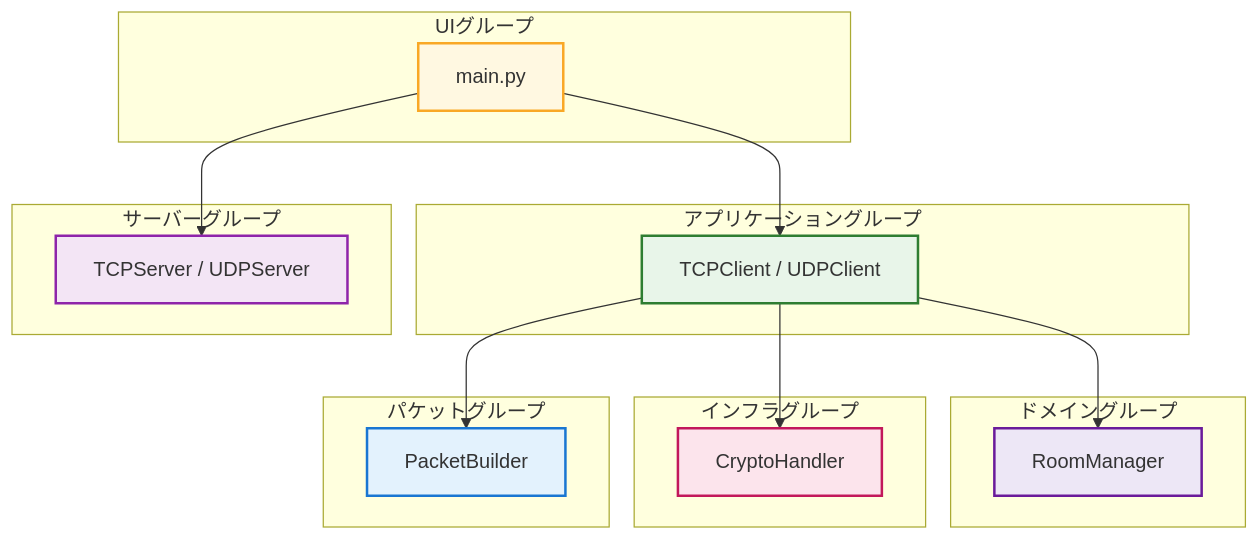
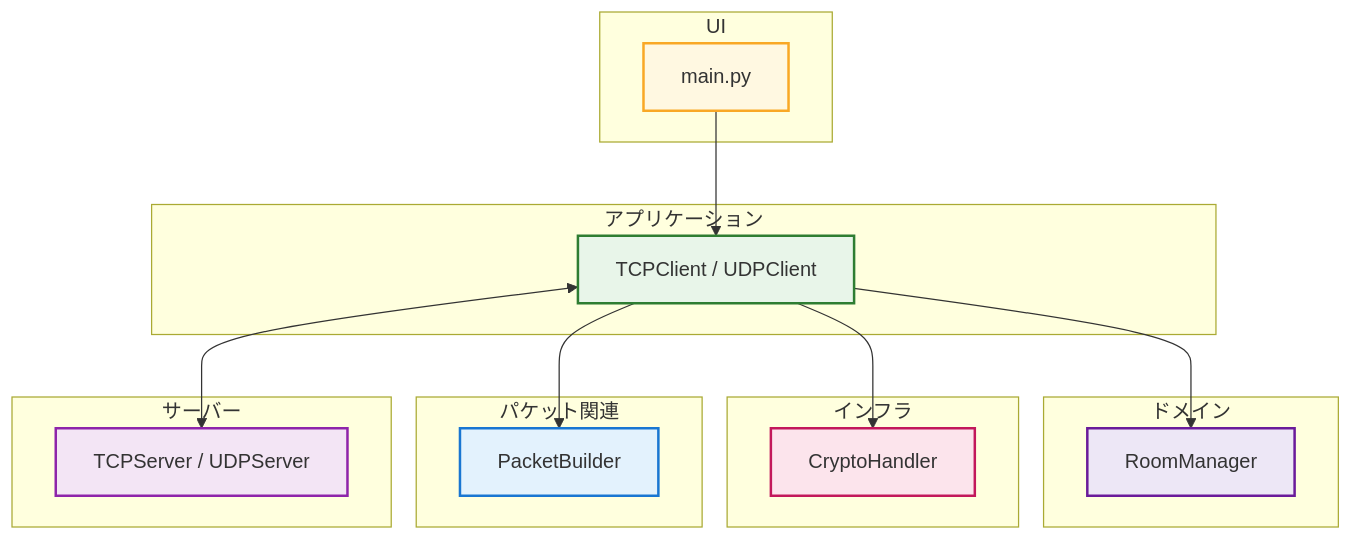
Before and after one commit to BackendExplorer/Online-Chat-Service: the first of 6 diagrams in README.md, drawn with Mermaid.

````diff
--- a/README.md
+++ b/README.md
@@ -1,60 +1,55 @@
 ```mermaid
 graph TD
 
 %% スタイル定義
 classDef ui fill:#fff8e1,stroke:#f9a825,stroke-width:2px
 classDef application fill:#e8f5e9,stroke:#2e7d32,stroke-width:2px
 classDef domain fill:#ede7f6,stroke:#6a1b9a,stroke-width:2px
 classDef infra fill:#fce4ec,stroke:#c2185b,stroke-width:2px
 classDef packet fill:#e3f2fd,stroke:#1976d2,stroke-width:2px
 classDef server fill:#f3e5f5,stroke:#8e24aa,stroke-width:2px
 
-%% 各ノード定義
+%% UI層
+subgraph UIレイヤー\[UI]
 UI["main.py"]
-App["TCPClient / UDPClient"]
-Server["TCPServer / UDPServer"]
-Domain["RoomManager"]
-Infra["CryptoHandler"]
-Packet["PacketBuilder"]
-
-%% 親グループ
-subgraph UIグループ
-  UI
+class UI ui
 end
 
-subgraph アプリケーショングループ
-  App
+%% アプリケーション層
+subgraph アプリケーションレイヤー\[アプリケーション]
+App["TCPClient / UDPClient"]
+class App application
 end
 
-subgraph サーバーグループ
-  Server
+%% ドメイン層
+subgraph ドメインレイヤー\[ドメイン]
+Domain["RoomManager"]
+class Domain domain
 end
 
-subgraph ドメイングループ
-  Domain
+%% インフラ層
+subgraph インフラレイヤー\[インフラ]
+Infra["CryptoHandler"]
+class Infra infra
 end
 
-subgraph インフラグループ
-  Infra
+%% パケット生成
+subgraph パケット処理\[パケット関連]
+Packet["PacketBuilder"]
+class Packet packet
 end
 
-subgraph パケットグループ
-  Packet
+%% サーバー層
+subgraph サーバー処理\[サーバー]
+Server["TCPServer / UDPServer"]
+class Server server
 end
-
-%% スタイル適用
-class UI ui
-class App application
-class Server server
-class Domain domain
-class Infra infra
-class Packet packet
 
 %% 接続関係
 UI --> App
-UI --> Server
 App --> Domain
 App --> Infra
 App --> Packet
+App <--> Server
 
 ```
````
